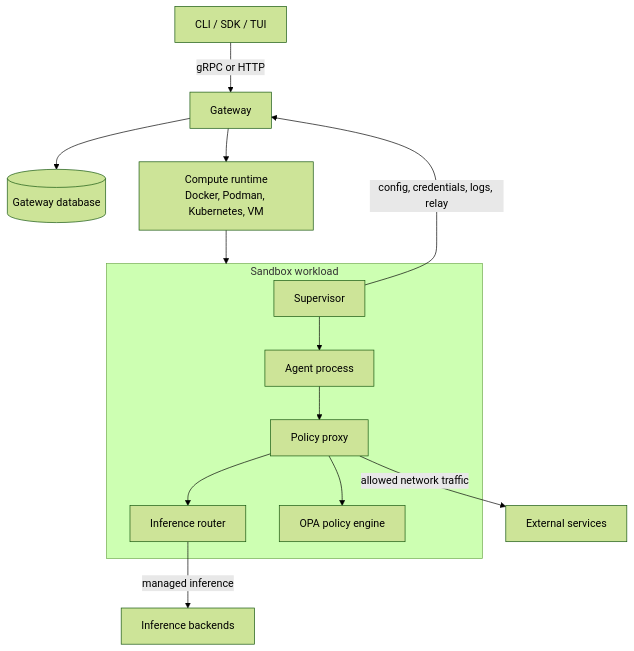
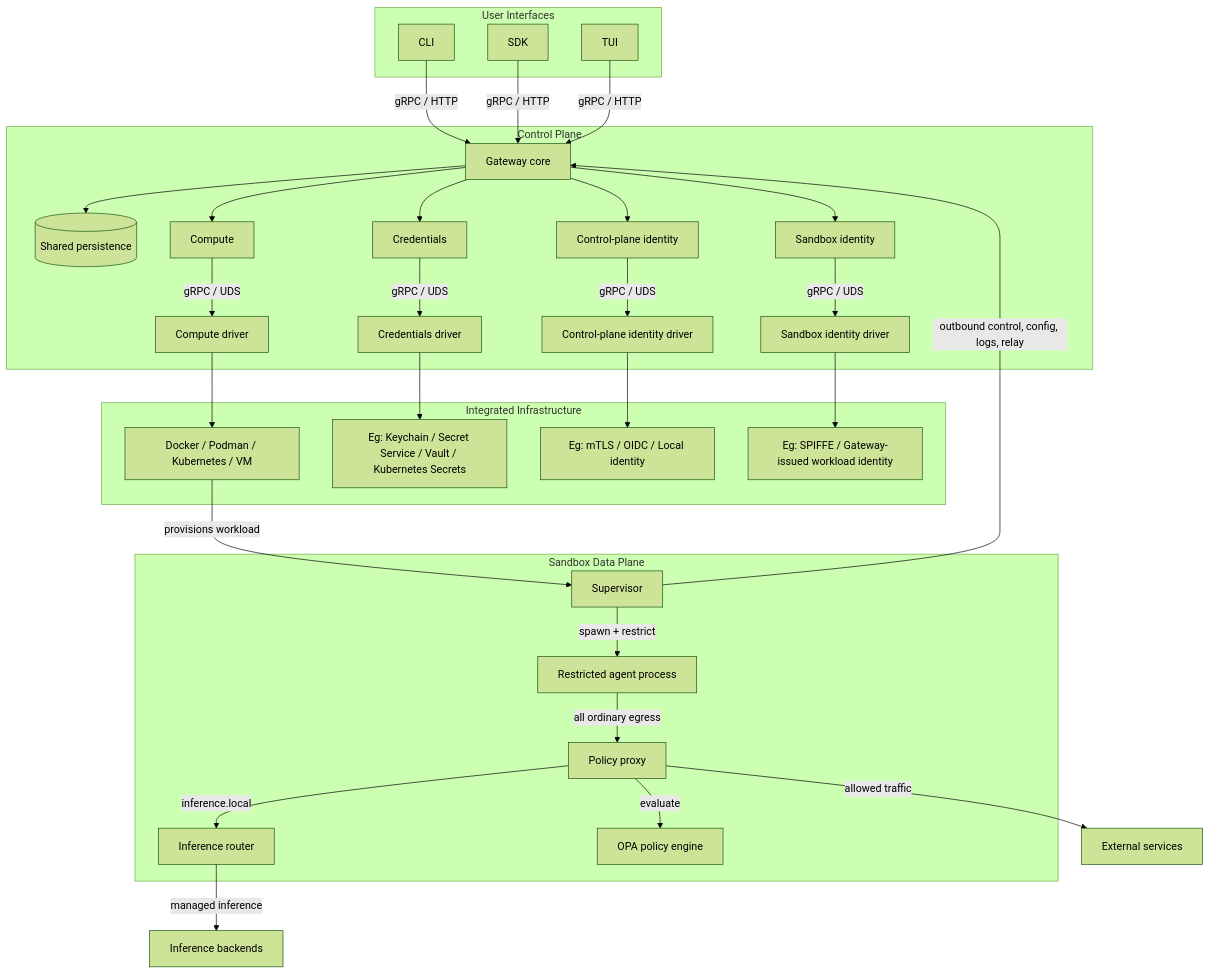
One commit to NVIDIA/OpenShell changed the diagram in architecture/README.md. Above: the diagram before and after it, drawn with Mermaid (forest theme). The commit also changed other lines of this file, not shown here.

Commit message:
docs(architecture): update architecture overview

````diff
--- a/architecture/README.md
+++ b/architecture/README.md
@@ -9,23 +22,65 @@
 ```mermaid
 flowchart TB
-    CLI["CLI / SDK / TUI"] -->|"gRPC or HTTP"| GW["Gateway"]
-    GW --> DB[("Gateway database")]
-    GW --> DRIVER["Compute runtime<br/>Docker, Podman, Kubernetes, VM"]
-    DRIVER --> SBX["Sandbox workload"]
+    subgraph USER["User Interfaces"]
+        CLI["CLI"]
+        SDK["SDK"]
+        TUI["TUI"]
+    end
 
-    subgraph SBX["Sandbox workload"]
+    subgraph CP["Control Plane"]
+        GW["Gateway core"]
+        DB[("Shared persistence")]
+        COMPUTE["Compute"]
+        CREDS["Credentials"]
+        CPIDENT["Control-plane identity"]
+        SIDENT["Sandbox identity"]
+        CDRV["Compute driver"]
+        CRDRV["Credentials driver"]
+        CPIDRV["Control-plane identity driver"]
+        SIDRV["Sandbox identity driver"]
+    end
+
+    subgraph INFRA["Integrated Infrastructure"]
+        RUNTIME["Docker / Podman / Kubernetes / VM"]
+        SECRETSTORE["Eg: Keychain / Secret Service / Vault / Kubernetes Secrets"]
+        IDP["Eg: mTLS / OIDC / Local identity"]
+        WORKLOADID["Eg: SPIFFE / Gateway-issued workload identity"]
+    end
+
+    subgraph DP["Sandbox Data Plane"]
         SUP["Supervisor"]
         PROXY["Policy proxy"]
         ROUTER["Inference router"]
-        AGENT["Agent process"]
         POLICY["OPA policy engine"]
-        SUP --> AGENT
-        AGENT --> PROXY
-        PROXY --> POLICY
-        PROXY --> ROUTER
+        AGENT["Restricted agent process"]
     end
 
-    SUP -->|"config, credentials, logs, relay"| GW
-    PROXY -->|"allowed network traffic"| EXT["External services"]
+    CLI -->|"gRPC / HTTP"| GW
+    SDK -->|"gRPC / HTTP"| GW
+    TUI -->|"gRPC / HTTP"| GW
+
+    GW --> DB
+    GW --> COMPUTE
+    GW --> CREDS
+    GW --> CPIDENT
+    GW --> SIDENT
+
+    COMPUTE -->|"gRPC / UDS"| CDRV
+    CREDS -->|"gRPC / UDS"| CRDRV
+    CPIDENT -->|"gRPC / UDS"| CPIDRV
+    SIDENT -->|"gRPC / UDS"| SIDRV
+
+    CDRV --> RUNTIME
+    CRDRV --> SECRETSTORE
+    CPIDRV --> IDP
+    SIDRV --> WORKLOADID
+    RUNTIME -->|"provisions workload"| SUP
+
+    SUP -->|"outbound control, config, logs, relay"| GW
+    SUP -->|"spawn + restrict"| AGENT
+    AGENT -->|"all ordinary egress"| PROXY
+    PROXY -->|"evaluate"| POLICY
+    PROXY -->|"allowed traffic"| EXT["External services"]
+    PROXY -->|"inference.local"| ROUTER
     ROUTER -->|"managed inference"| MODEL["Inference backends"]
 ```
````
